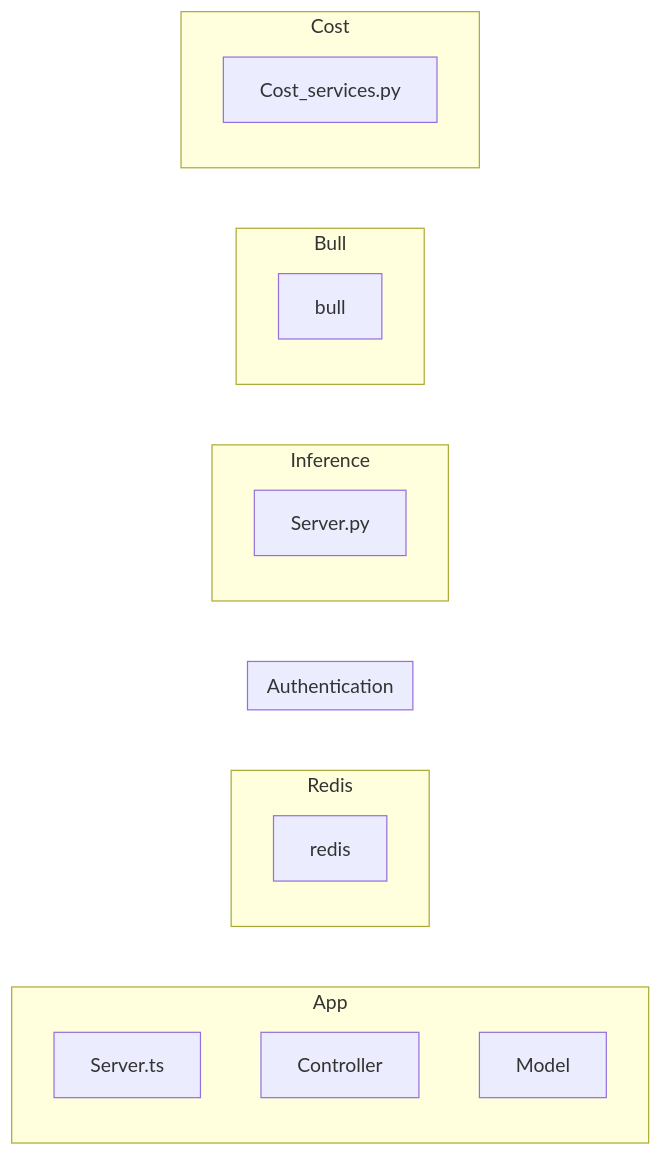
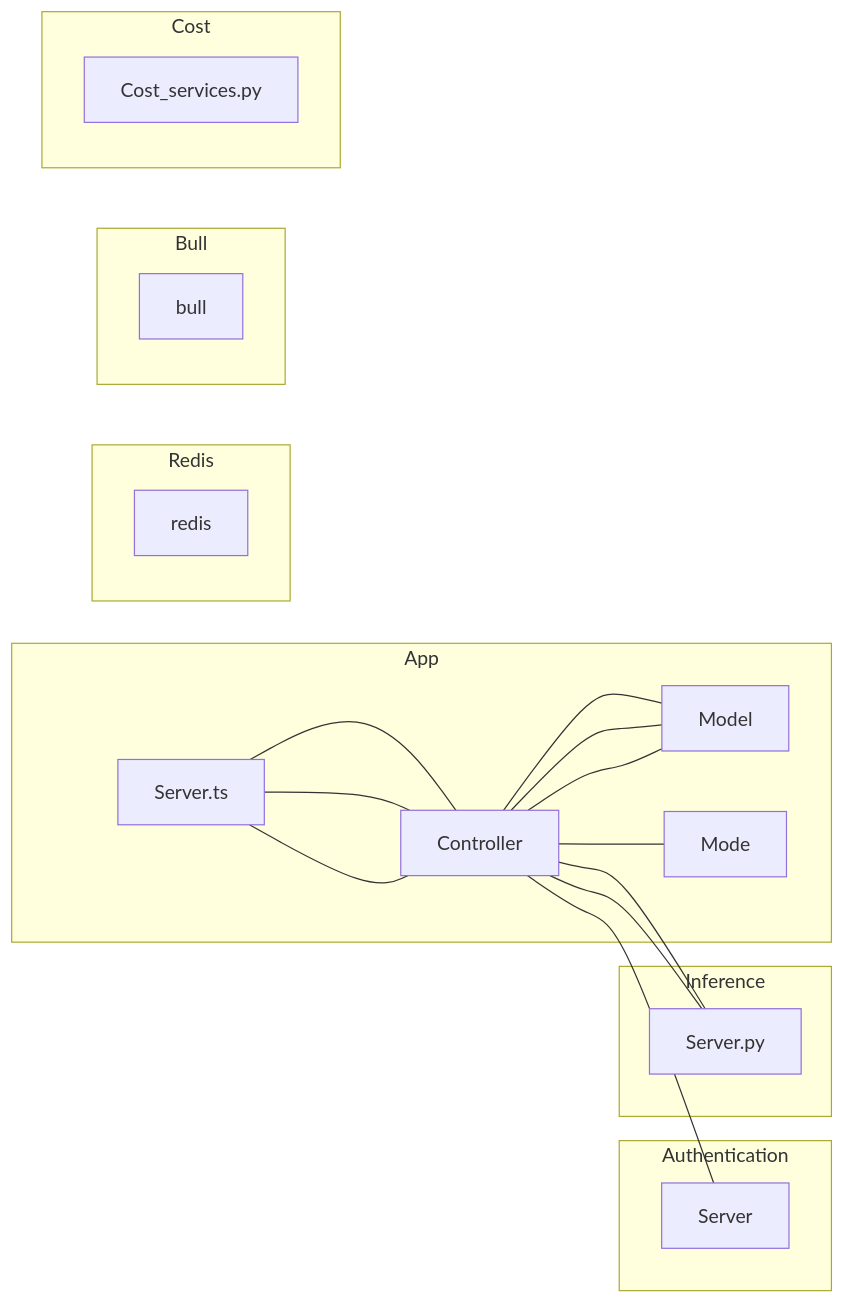
Before and after one commit to AgneseBruglia/PA2024: the second of 8 diagrams in README.md, drawn with Mermaid.

````diff
--- a/README.md
+++ b/README.md
@@ -30,33 +30,35 @@
 ```mermaid
 graph LR;
     subgraph App
-    Server.ts
-    Controller
-    Model
+    Server.ts --- Controller 
+    Controller --- Server.ts
+    Model --- Controller
+    Controller --- Mode
     end
 
     subgraph Redis
     redis
     end
 
     subgraph Authentication
-    Server.ts
-    Controller
-    Model
+    Server.ts --- Controller
+    Controller --- Server
+    Model --- Controller
+    Controller --- Model
     end
 
     subgraph Inference
-    Server.py
-    Controller
+    Server.py --- Controller
+    Controller --- Server.py
     end
 
     subgraph Bull
     bull
     end
 
     subgraph Cost
     Cost_services.py
     end 
 
     
 ```
````
